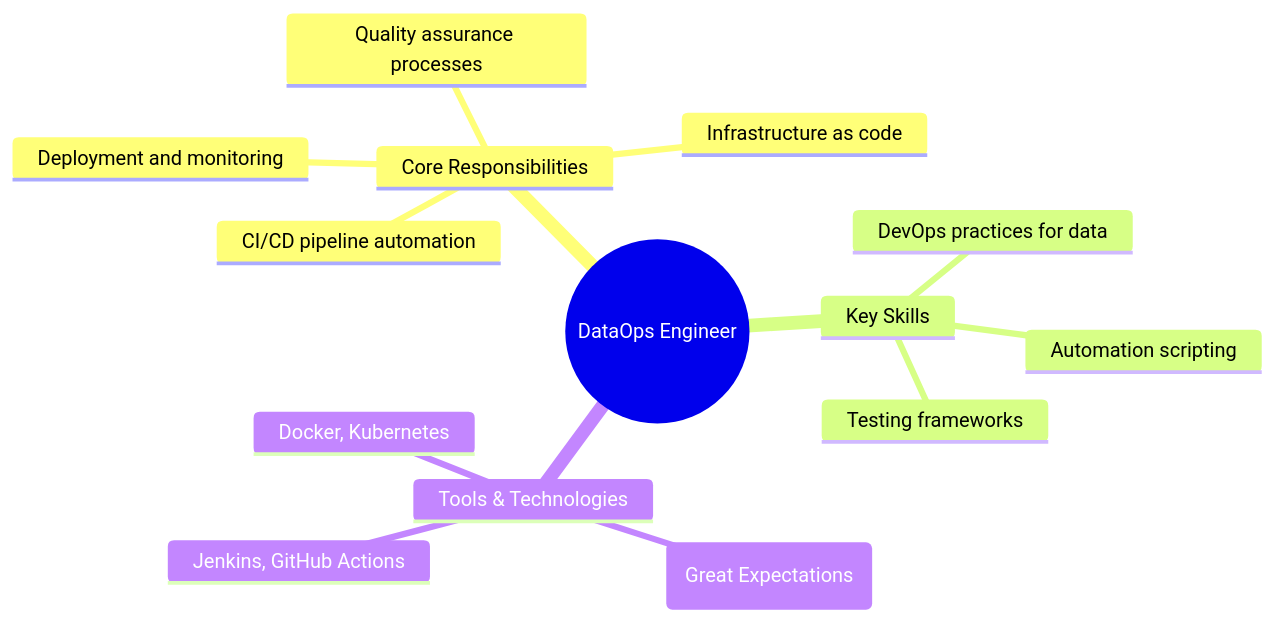
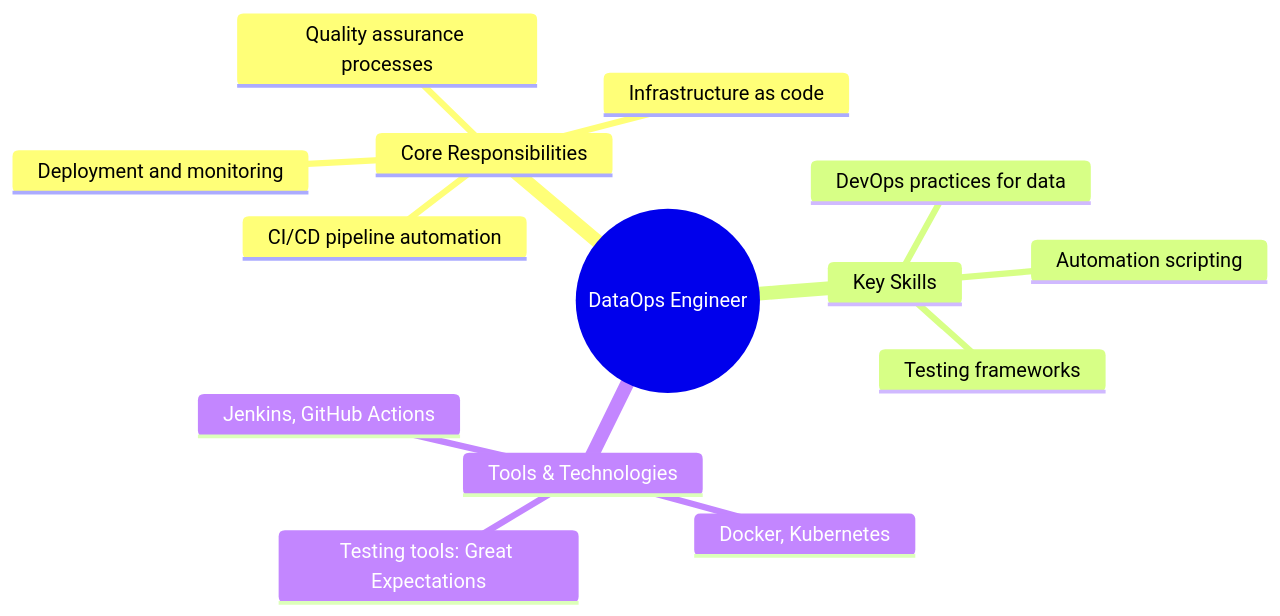
Before and after one commit to tinitiateprime/tinitiate-data-engineering: the ninth of 10 diagrams in introduction.md, drawn with Mermaid. The commit also changed other lines of this file and 15 other files, not shown here.

````diff
--- a/introduction.md
+++ b/introduction.md
@@ -204,17 +204,17 @@
 ```mermaid
 mindmap
   root((DataOps Engineer))
     Core Responsibilities
       CI/CD pipeline automation
       Infrastructure as code
       Quality assurance processes
       Deployment and monitoring
     Key Skills
       DevOps practices for data
       Automation scripting
       Testing frameworks
     Tools & Technologies
       Docker, Kubernetes
       Jenkins, GitHub Actions
-      Testing tools (Great Expectations)
+      Testing tools: Great Expectations
 ```
````
